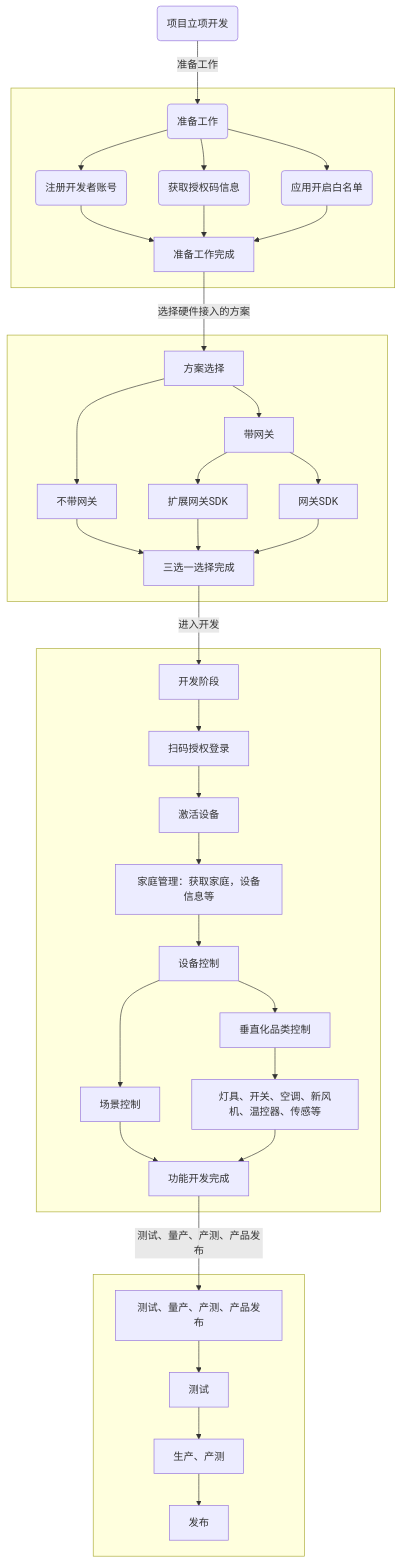
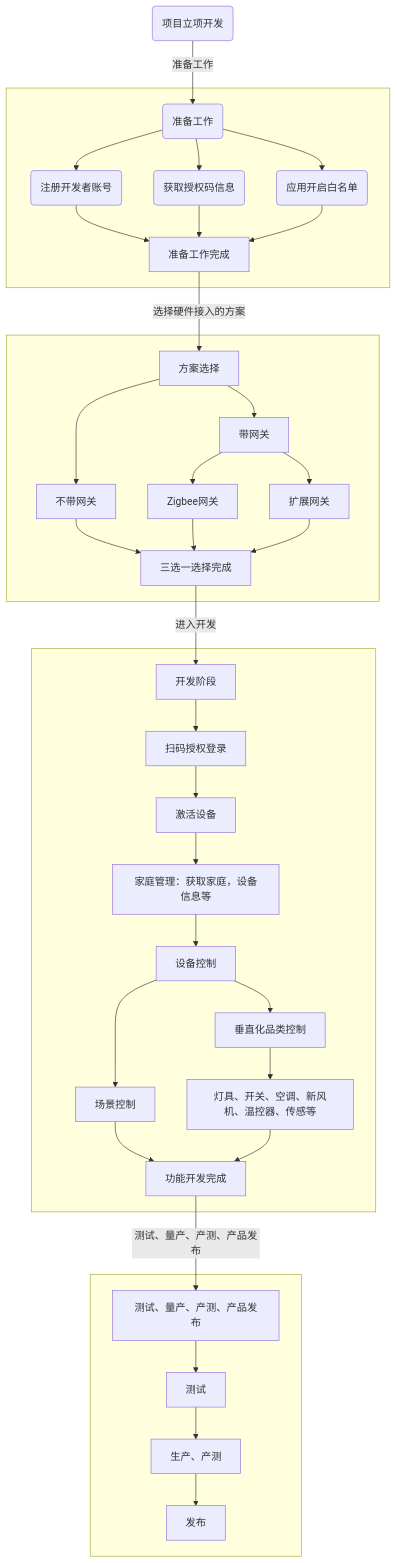
The diagram in SDK_DOC/zh-hans/resource/developer_process.md (tuya/tuya-central-control-android-sdk), drawn with Mermaid before and after one commit. The commit also changed 3 other files, not shown here.

````diff
--- a/SDK_DOC/zh-hans/resource/developer_process.md
+++ b/SDK_DOC/zh-hans/resource/developer_process.md
@@ -1,45 +1,45 @@
 ```mermaid
 graph TB
     id1(项目立项开发)
     id2(准备工作)
     id3(注册开发者账号)
     id4(获取授权码信息)
     id5(应用开启白名单)
     id1 -->|准备工作|id2
     subgraph  
    		id2--> id3
    		id2--> id4
    		id2--> id5
    		id3--> 准备工作完成
    		id4--> 准备工作完成
    		id5--> 准备工作完成
     end  
     准备工作完成 -->|选择硬件接入的方案|方案选择
     subgraph  
       方案选择 --> 带网关
       方案选择 --> 不带网关
-      带网关--> 网关SDK
-      带网关--> 扩展网关SDK
+      带网关--> Zigbee网关
+      带网关--> 扩展网关
       不带网关 --> 三选一选择完成
-      扩展网关SDK --> 三选一选择完成
-      网关SDK --> 三选一选择完成
+      Zigbee网关 --> 三选一选择完成
+      扩展网关 --> 三选一选择完成
     end  
     三选一选择完成-->|进入开发|开发阶段
     subgraph  
     	开发阶段 --> 扫码授权登录
     	扫码授权登录 --> 激活设备
     	激活设备 --> 家庭管理["家庭管理：获取家庭，设备信息等"]
     	家庭管理  -->  设备控制
     	设备控制 --> 垂直化品类控制
     	设备控制 --> 场景控制
     	垂直化品类控制 --> 品类["灯具、开关、空调、新风机、温控器、传感等"]
     	场景控制 --> 功能开发完成
     	品类--> 功能开发完成
     end 
     功能开发完成 -->|"测试、量产、产测、产品发布"| 测试流程["测试、量产、产测、产品发布"]
     subgraph  
 			测试流程 --> 测试
 			测试 --> 产测["生产、产测"]
 			产测 --> 发布
     end 
 ```
````
